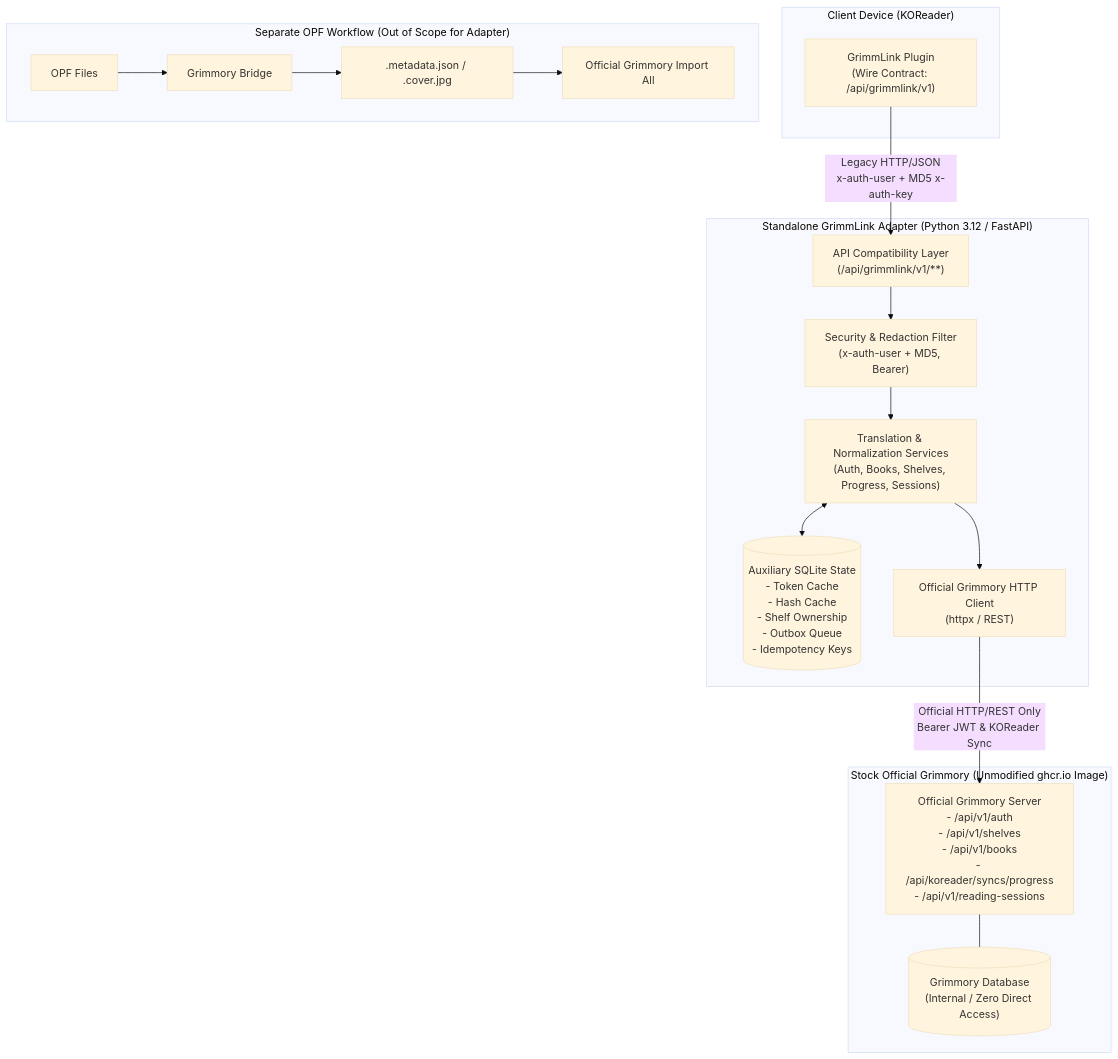
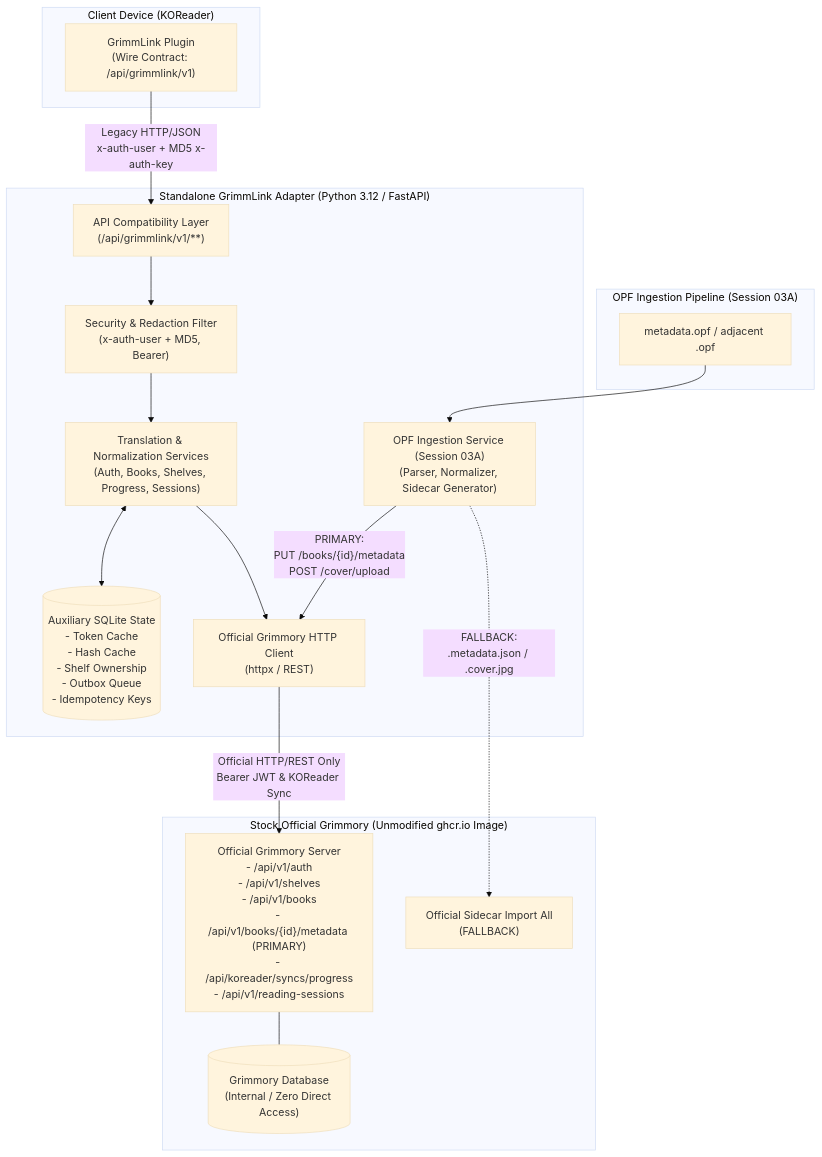
Before and after one commit to 0xstillb/grimmlink-adapter: the diagram in docs/ARCHITECTURE.md, drawn with Mermaid (base theme). The commit also changed other lines of this file and 9 other files, not shown here.

Commit message:
feat(architecture): integrate Session 03A OPF ingestion with Primary API and Sidecar fallback

````diff
--- a/docs/ARCHITECTURE.md
+++ b/docs/ARCHITECTURE.md
@@ -15,33 +15,35 @@
 ```mermaid
 flowchart TD
     subgraph Client ["Client Device (KOReader)"]
         KL["GrimmLink Plugin\n(Wire Contract: /api/grimmlink/v1)"]
     end
 
     subgraph Adapter ["Standalone GrimmLink Adapter (Python 3.12 / FastAPI)"]
         API["API Compatibility Layer\n(/api/grimmlink/v1/**)"]
         SEC["Security & Redaction Filter\n(x-auth-user + MD5, Bearer)"]
         SVC["Translation & Normalization Services\n(Auth, Books, Shelves, Progress, Sessions)"]
+        OPFSVC["OPF Ingestion Service (Session 03A)\n(Parser, Normalizer, Sidecar Generator)"]
         SQLITE[("Auxiliary SQLite State\n- Token Cache\n- Hash Cache\n- Shelf Ownership\n- Outbox Queue\n- Idempotency Keys")]
         OFFCLIENT["Official Grimmory HTTP Client\n(httpx / REST)"]
     end
 
     subgraph Upstream ["Stock Official Grimmory (Unmodified ghcr.io Image)"]
-        GRIMMORY["Official Grimmory Server\n- /api/v1/auth\n- /api/v1/shelves\n- /api/v1/books\n- /api/koreader/syncs/progress\n- /api/v1/reading-sessions"]
+        GRIMMORY["Official Grimmory Server\n- /api/v1/auth\n- /api/v1/shelves\n- /api/v1/books\n- /api/v1/books/{id}/metadata (PRIMARY)\n- /api/koreader/syncs/progress\n- /api/v1/reading-sessions"]
         GDB[("Grimmory Database\n(Internal / Zero Direct Access)")]
+        SIDECAR_IMPORT["Official Sidecar Import All\n(FALLBACK)"]
     end
 
-    subgraph OPFWorkflow ["Separate OPF Workflow (Out of Scope for Adapter)"]
-        OPF["OPF Files"] --> BRIDGE["Grimmory Bridge"]
-        BRIDGE --> SIDECAR[".metadata.json / .cover.jpg"]
-        SIDECAR --> IMPORT["Official Grimmory Import All"]
+    subgraph OPFWorkflow ["OPF Ingestion Pipeline (Session 03A)"]
+        OPF["metadata.opf / adjacent .opf"] --> OPFSVC
+        OPFSVC -->|"PRIMARY:\nPUT /books/{id}/metadata\nPOST /cover/upload"| OFFCLIENT
+        OPFSVC -.->|"FALLBACK:\n.metadata.json / .cover.jpg"| SIDECAR_IMPORT
     end
 
     KL -->|"Legacy HTTP/JSON\nx-auth-user + MD5 x-auth-key"| API
     API --> SEC
     SEC --> SVC
     SVC <--> SQLITE
     SVC --> OFFCLIENT
     OFFCLIENT -->|"Official HTTP/REST Only\nBearer JWT & KOReader Sync"| GRIMMORY
     GRIMMORY --- GDB
 ```
````
